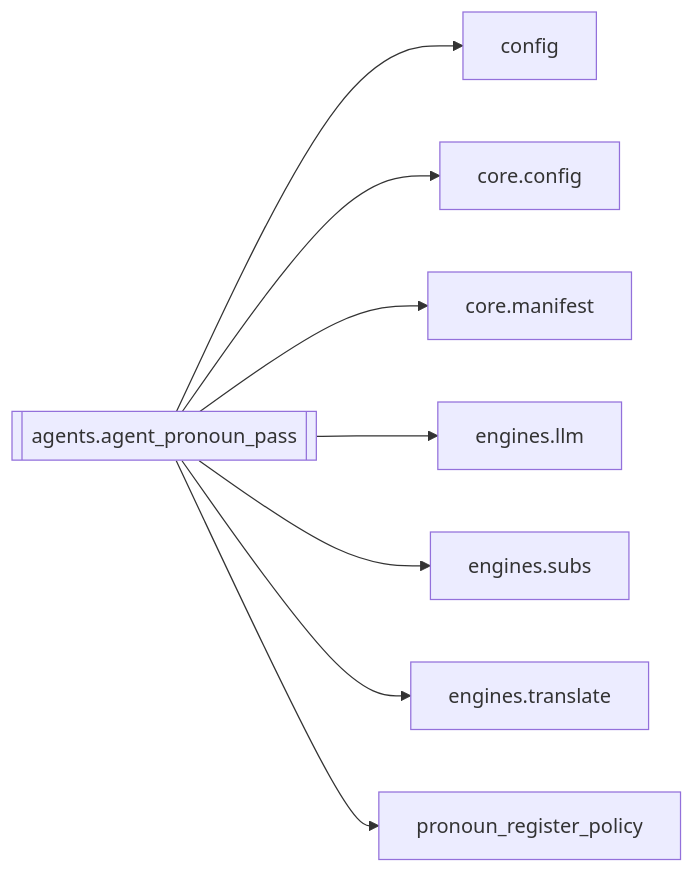
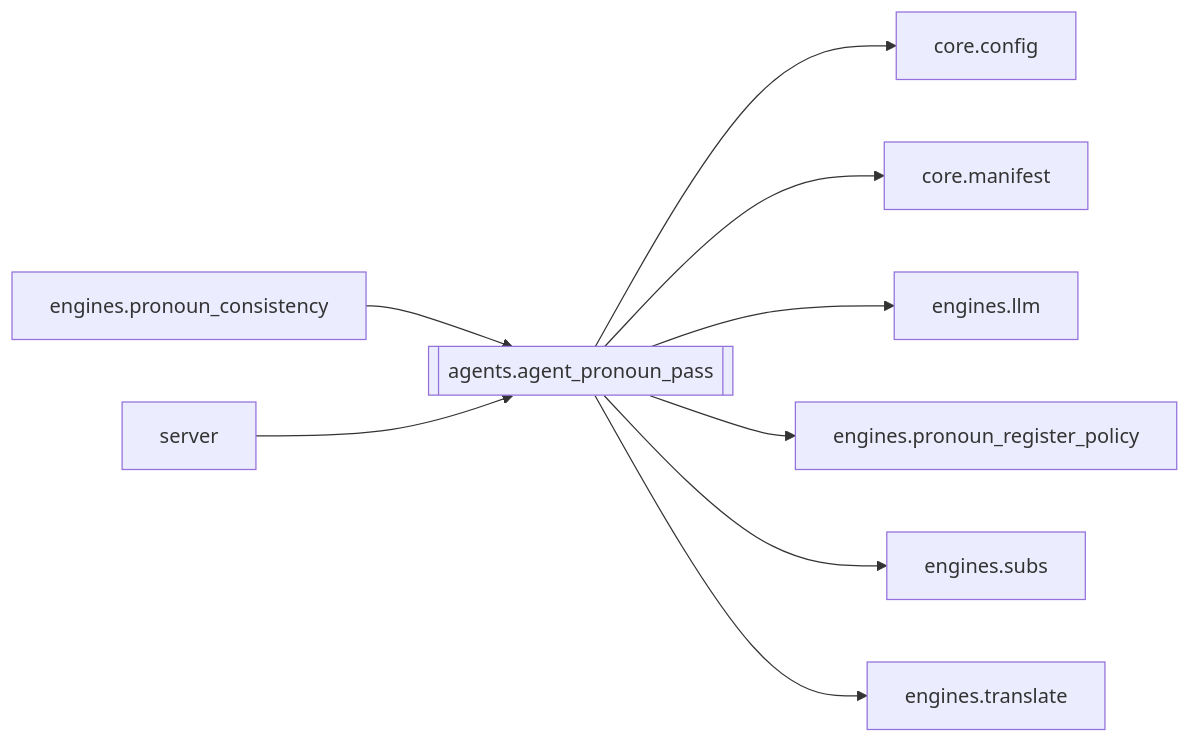
Before and after one commit to kjza178/PinelineV5: the diagram in docs/brain/modules/agents.agent_pronoun_pass.md, drawn with Mermaid. The commit also changed other lines of this file and 227 other files, not shown here.

````diff
--- a/docs/brain/modules/agents.agent_pronoun_pass.md
+++ b/docs/brain/modules/agents.agent_pronoun_pass.md
@@ -16,11 +16,12 @@
 ```mermaid
 flowchart LR
   agents_agent_pronoun_pass[[agents.agent_pronoun_pass]]
-  agents_agent_pronoun_pass --> config[config]
+  engines_pronoun_consistency[engines.pronoun_consistency] --> agents_agent_pronoun_pass
+  server[server] --> agents_agent_pronoun_pass
   agents_agent_pronoun_pass --> core_config[core.config]
   agents_agent_pronoun_pass --> core_manifest[core.manifest]
   agents_agent_pronoun_pass --> engines_llm[engines.llm]
+  agents_agent_pronoun_pass --> engines_pronoun_register_policy[engines.pronoun_register_policy]
   agents_agent_pronoun_pass --> engines_subs[engines.subs]
   agents_agent_pronoun_pass --> engines_translate[engines.translate]
-  agents_agent_pronoun_pass --> pronoun_register_policy[pronoun_register_policy]
 ```
````
